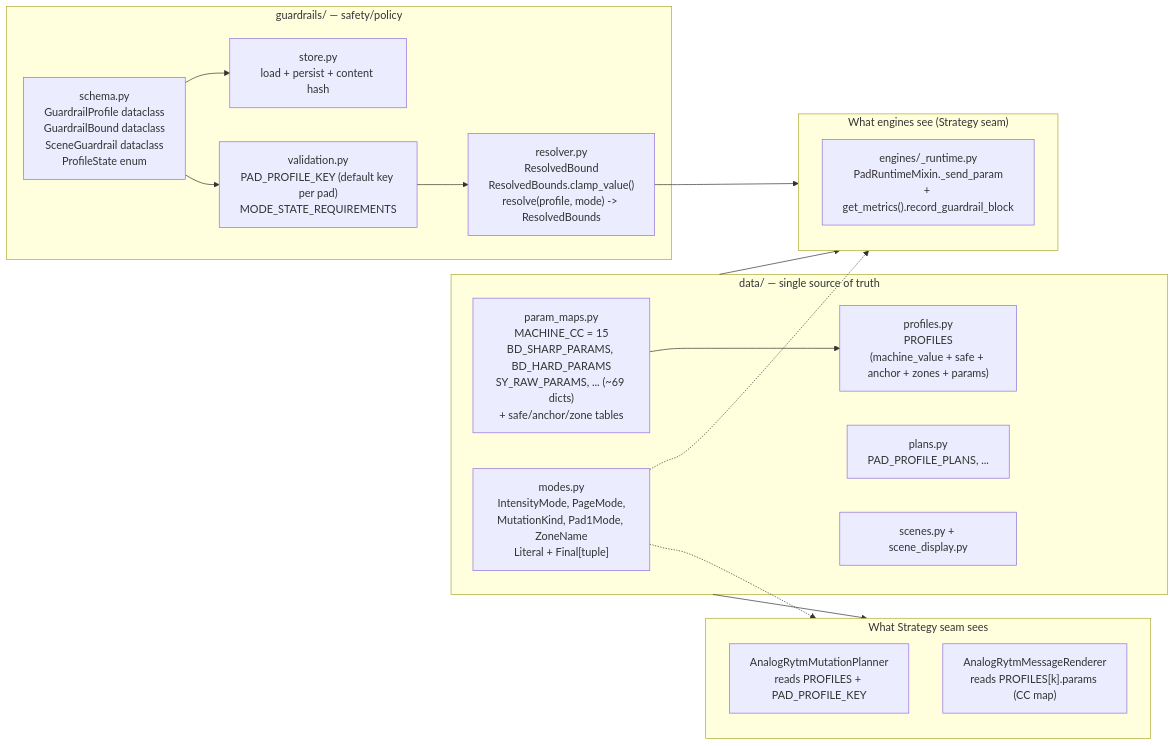
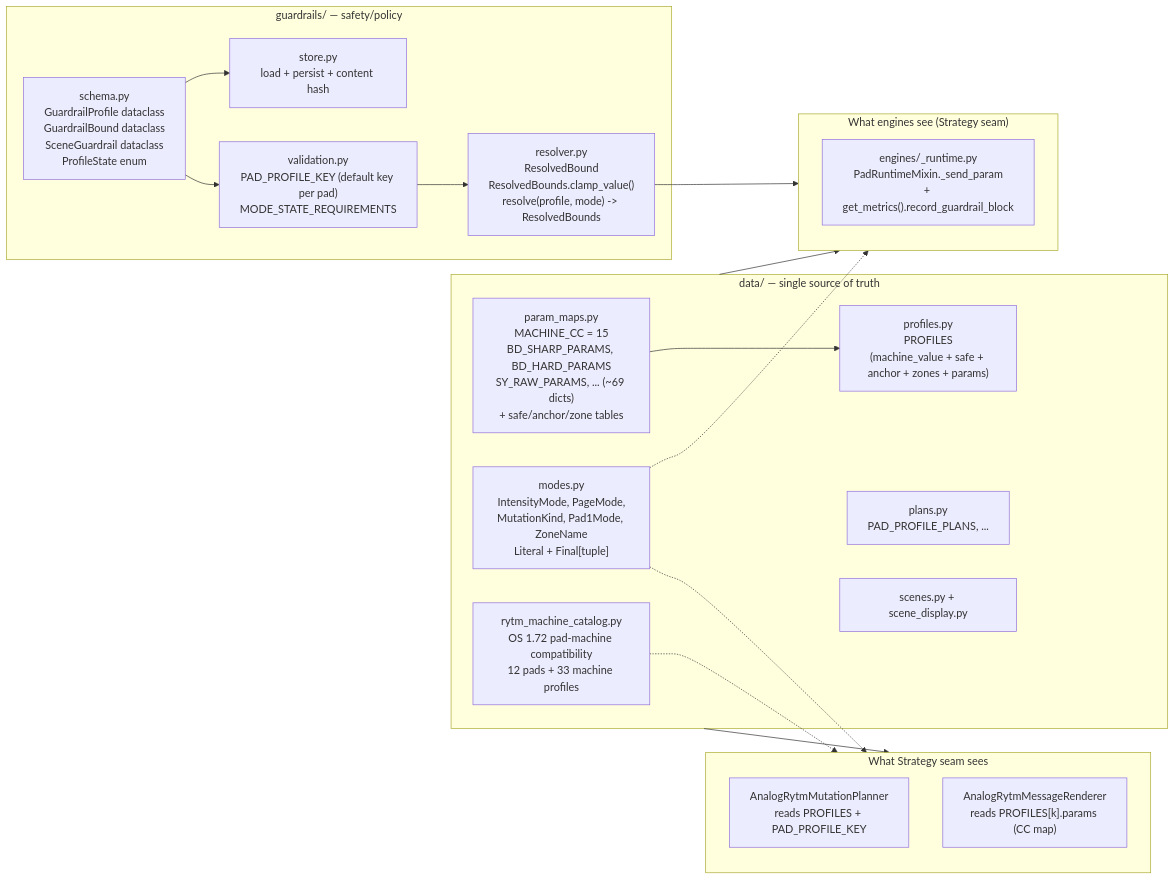
Before and after one commit to buzzijose-hub/RytmRandomizer: the seventh of 26 diagrams in docs/ARCHITECTURE_DIAGRAMS.md, drawn with Mermaid. The commit also changed other lines of this file and 8 other files, not shown here.

````diff
--- a/docs/ARCHITECTURE_DIAGRAMS.md
+++ b/docs/ARCHITECTURE_DIAGRAMS.md
@@ -526,38 +527,40 @@
 ```mermaid
 flowchart LR
     subgraph DataPkg["data/ — single source of truth"]
         ParamMaps["param_maps.py<br/>MACHINE_CC = 15<br/>BD_SHARP_PARAMS, BD_HARD_PARAMS<br/>SY_RAW_PARAMS, ... (~69 dicts)<br/>+ safe/anchor/zone tables"]
         Profiles["profiles.py<br/>PROFILES<br/>(machine_value + safe + anchor + zones + params)"]
         Plans["plans.py<br/>PAD_PROFILE_PLANS, ..."]
         Scenes["scenes.py + scene_display.py"]
         Modes["modes.py<br/>IntensityMode, PageMode,<br/>MutationKind, Pad1Mode, ZoneName<br/>Literal + Final[tuple]"]
+        MachineCatalog["rytm_machine_catalog.py<br/>OS 1.72 pad-machine compatibility<br/>12 pads + 33 machine profiles"]
     end
 
     subgraph GuardrailsPkg["guardrails/ — safety/policy"]
         Schema["schema.py<br/>GuardrailProfile dataclass<br/>GuardrailBound dataclass<br/>SceneGuardrail dataclass<br/>ProfileState enum"]
         Store["store.py<br/>load + persist + content hash"]
         Validation["validation.py<br/>PAD_PROFILE_KEY (default key per pad)<br/>MODE_STATE_REQUIREMENTS"]
         Resolver["resolver.py<br/>ResolvedBound<br/>ResolvedBounds.clamp_value()<br/>resolve(profile, mode) -> ResolvedBounds"]
     end
 
     subgraph EnginesView["What engines see (Strategy seam)"]
         EngRuntime["engines/_runtime.py<br/>PadRuntimeMixin._send_param<br/>+ get_metrics().record_guardrail_block"]
     end
 
     subgraph StratView["What Strategy seam sees"]
         AS_Planner["AnalogRytmMutationPlanner<br/>reads PROFILES + PAD_PROFILE_KEY"]
         AS_Renderer["AnalogRytmMessageRenderer<br/>reads PROFILES[k].params (CC map)"]
     end
 
     DataPkg --> EnginesView
     DataPkg --> StratView
 
     Schema --> Store
     Schema --> Validation
     Validation --> Resolver
     Resolver --> EnginesView
 
     ParamMaps --> Profiles
+    MachineCatalog -.-> StratView
     Modes -.-> EnginesView
     Modes -.-> StratView
 ```
````
